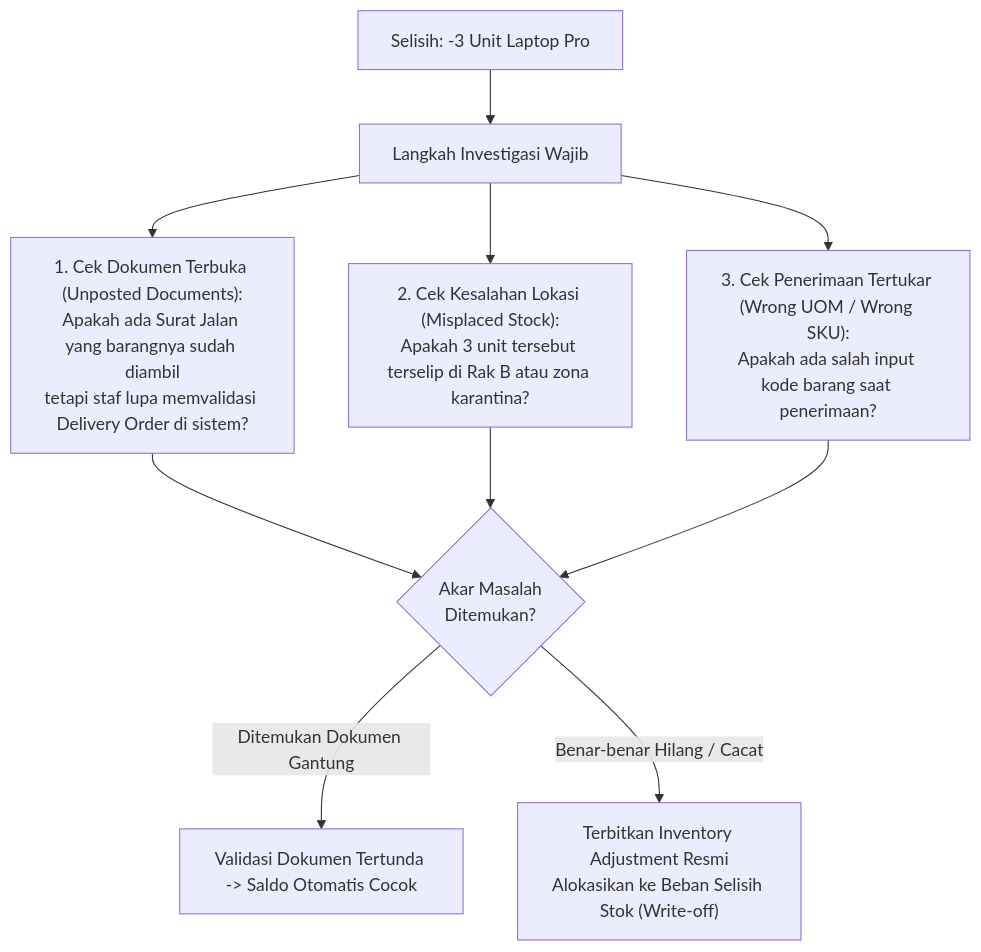
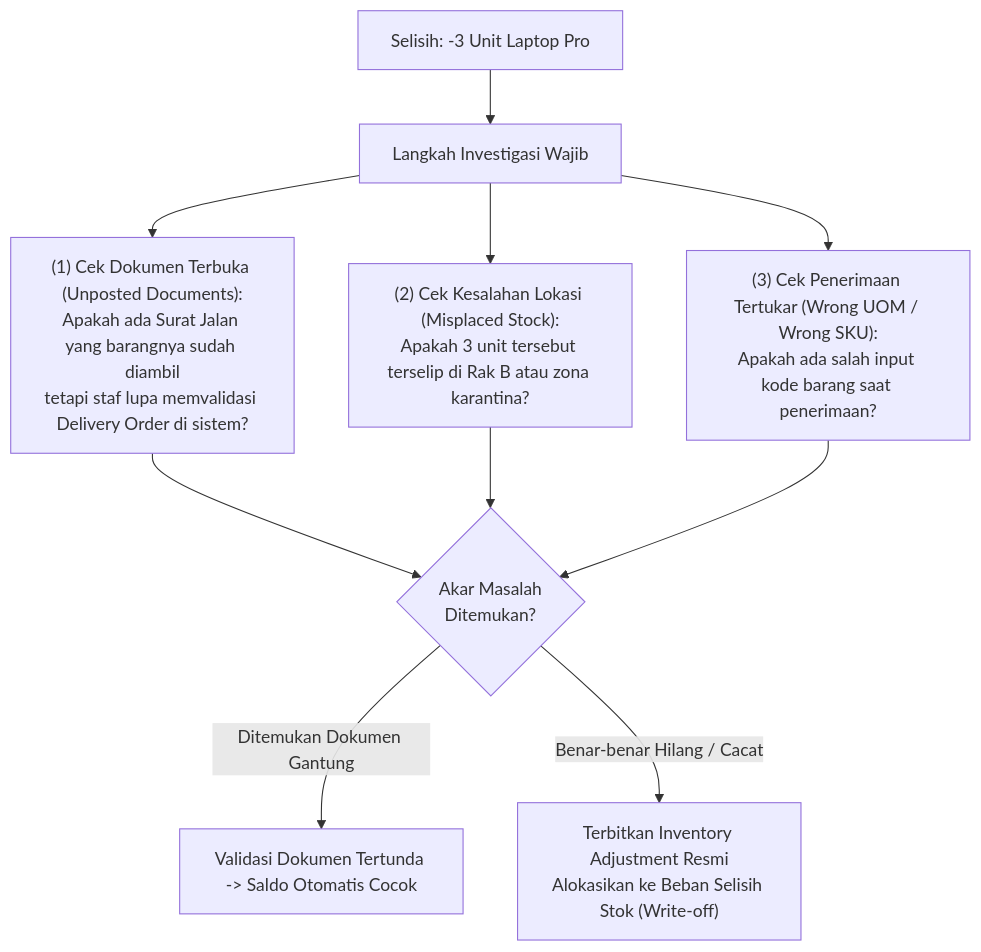
The third of 3 diagrams in content/05-inventory/physical-inventory-count.md (alimurrofid/erp-notes), drawn with Mermaid before and after one commit. The commit also changed other lines of this file and 132 other files, not shown here.

````diff
--- a/content/05-inventory/physical-inventory-count.md
+++ b/content/05-inventory/physical-inventory-count.md
@@ -105,15 +105,15 @@
 ```mermaid
 flowchart TD
     Var["Selisih: -3 Unit Laptop Pro"] --> Investigate["Langkah Investigasi Wajib"]
     
-    Investigate --> C1["1. Cek Dokumen Terbuka (Unposted Documents):<br/>Apakah ada Surat Jalan yang barangnya sudah diambil<br/>tetapi staf lupa memvalidasi Delivery Order di sistem?"]
-    Investigate --> C2["2. Cek Kesalahan Lokasi (Misplaced Stock):<br/>Apakah 3 unit tersebut terselip di Rak B atau zona karantina?"]
-    Investigate --> C3["3. Cek Penerimaan Tertukar (Wrong UOM / Wrong SKU):<br/>Apakah ada salah input kode barang saat penerimaan?"]
+    Investigate --> C1["(1) Cek Dokumen Terbuka (Unposted Documents):<br/>Apakah ada Surat Jalan yang barangnya sudah diambil<br/>tetapi staf lupa memvalidasi Delivery Order di sistem?"]
+    Investigate --> C2["(2) Cek Kesalahan Lokasi (Misplaced Stock):<br/>Apakah 3 unit tersebut terselip di Rak B atau zona karantina?"]
+    Investigate --> C3["(3) Cek Penerimaan Tertukar (Wrong UOM / Wrong SKU):<br/>Apakah ada salah input kode barang saat penerimaan?"]
     
     C1 --> Result{Akar Masalah<br/>Ditemukan?}
     C2 --> Result
     C3 --> Result
     
     Result -- "Ditemukan Dokumen Gantung" --> FixDoc["Validasi Dokumen Tertunda -> Saldo Otomatis Cocok"]
     Result -- "Benar-benar Hilang / Cacat" --> FormalAdj["Terbitkan Inventory Adjustment Resmi<br/>Alokasikan ke Beban Selisih Stok (Write-off)"]
 ```
````
